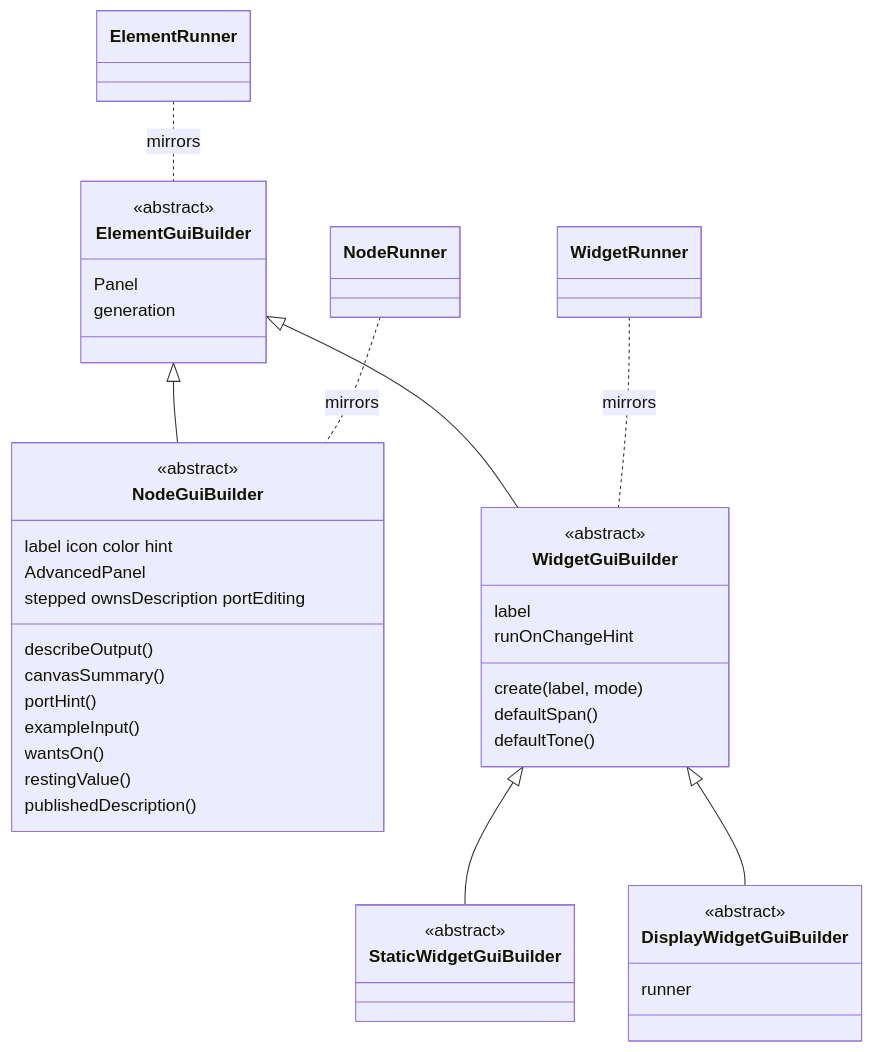
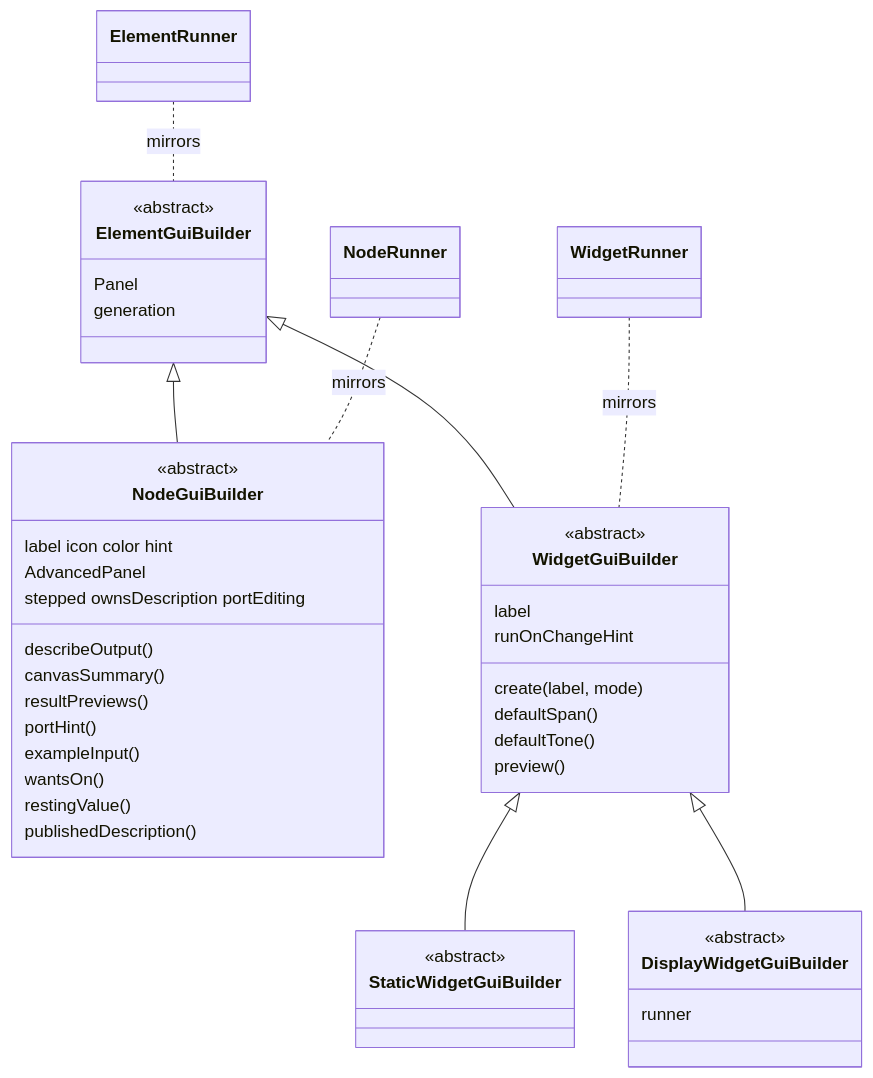
One commit to Archimedes79/AI_Graph changed the fifth of 8 diagrams in arch/overview.md. Above: the diagram before and after it, drawn with Mermaid. The commit also changed other lines of this file and 4 other files, not shown here.

````diff
--- a/arch/overview.md
+++ b/arch/overview.md
@@ -262,43 +262,45 @@
 ```mermaid
 classDiagram
   class ElementGuiBuilder {
     <<abstract>>
     Panel
     generation
   }
   class NodeGuiBuilder {
     <<abstract>>
     label icon color hint
     AdvancedPanel
     describeOutput()
     canvasSummary()
+    resultPreviews()
     stepped ownsDescription portEditing
     portHint()
     exampleInput()
     wantsOn()
     restingValue()
     publishedDescription()
   }
   class WidgetGuiBuilder {
     <<abstract>>
     label
     create(label, mode)
     defaultSpan()
     defaultTone()
     runOnChangeHint
+    preview()
   }
   class StaticWidgetGuiBuilder {
     <<abstract>>
   }
   class DisplayWidgetGuiBuilder {
     <<abstract>>
     runner
   }
   ElementGuiBuilder <|-- NodeGuiBuilder
   ElementGuiBuilder <|-- WidgetGuiBuilder
   WidgetGuiBuilder <|-- StaticWidgetGuiBuilder
   WidgetGuiBuilder <|-- DisplayWidgetGuiBuilder
   ElementRunner .. ElementGuiBuilder : mirrors
   NodeRunner .. NodeGuiBuilder : mirrors
   WidgetRunner .. WidgetGuiBuilder : mirrors
 ```
````
